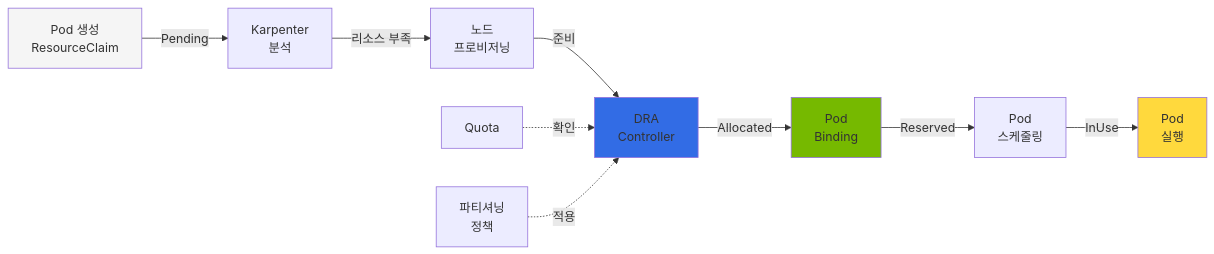
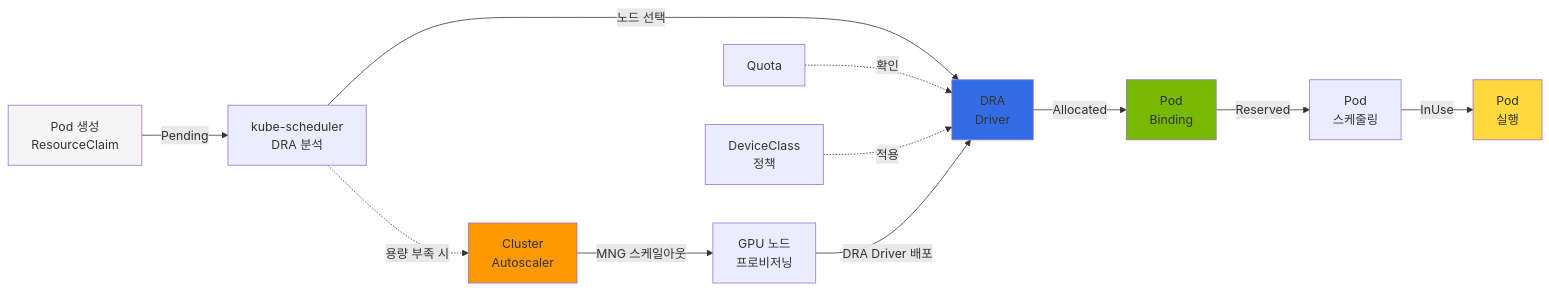
Before and after one commit to devfloor9/engineering-playbook: the third of 5 diagrams in docs/agentic-ai-platform/model-serving/gpu-resource-management.md, drawn with Mermaid. The commit also changed other lines of this file and 2 other files, not shown here.

First line of the commit message:
docs: DRA + Karpenter/Auto Mode 비호환 명시 및 GPU 노드 전략 업데이트 (#2)

````diff
--- a/docs/agentic-ai-platform/model-serving/gpu-resource-management.md
+++ b/docs/agentic-ai-platform/model-serving/gpu-resource-management.md
@@ -339,17 +405,21 @@
 ```mermaid
 flowchart LR
-    A[Pod 생성<br/>ResourceClaim] -->|Pending| B[Karpenter<br/>분석]
-    B -->|리소스 부족| C[노드<br/>프로비저닝]
-    C -->|준비| D[DRA<br/>Controller]
+    A[Pod 생성<br/>ResourceClaim] -->|Pending| B[kube-scheduler<br/>DRA 분석]
+    B -->|노드 선택| D[DRA<br/>Driver]
     D -->|Allocated| E[Pod<br/>Binding]
     E -->|Reserved| F[Pod<br/>스케줄링]
     F -->|InUse| G[Pod<br/>실행]
 
     H[Quota] -.->|확인| D
-    I[파티셔닝<br/>정책] -.->|적용| D
+    I[DeviceClass<br/>정책] -.->|적용| D
+
+    B -.->|용량 부족 시| CA[Cluster<br/>Autoscaler]
+    CA -->|MNG 스케일아웃| N[GPU 노드<br/>프로비저닝]
+    N -->|DRA Driver 배포| D
 
     style A fill:#f5f5f5
     style D fill:#326ce5
     style E fill:#76b900
     style G fill:#ffd93d
+    style CA fill:#ff9900
 ```
````
